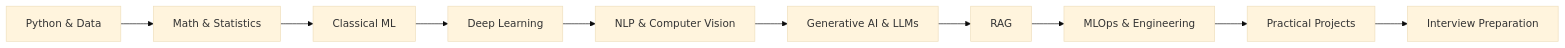
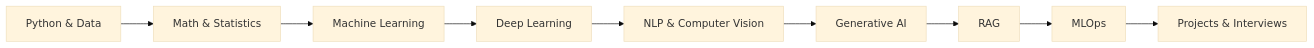
The first of 2 diagrams in README.md (FirdowsRahaman/ai-ml-fresher-roadmap), drawn with Mermaid (base theme) before and after one commit. The commit also changed other lines of this file and 1 other file, not shown here.

````diff
--- a/README.md
+++ b/README.md
@@ -30,12 +51,11 @@
 ```mermaid
 flowchart LR
-  A["Python & Data"] --> B[Math & Statistics]
-  B --> C[Classical ML]
-  C --> D[Deep Learning]
-  D --> E["NLP & Computer Vision"]
-  E --> F["Generative AI & LLMs"]
-  F --> G[RAG]
-  G --> H["MLOps & Engineering"]
-  H --> I[Practical Projects]
-  I --> J[Interview Preparation]
+    A[Python & Data] --> B[Math & Statistics]
+    B --> C[Machine Learning]
+    C --> D[Deep Learning]
+    D --> E[NLP & Computer Vision]
+    E --> F[Generative AI]
+    F --> G[RAG]
+    G --> H[MLOps]
+    H --> I[Projects & Interviews]
 ```
````
